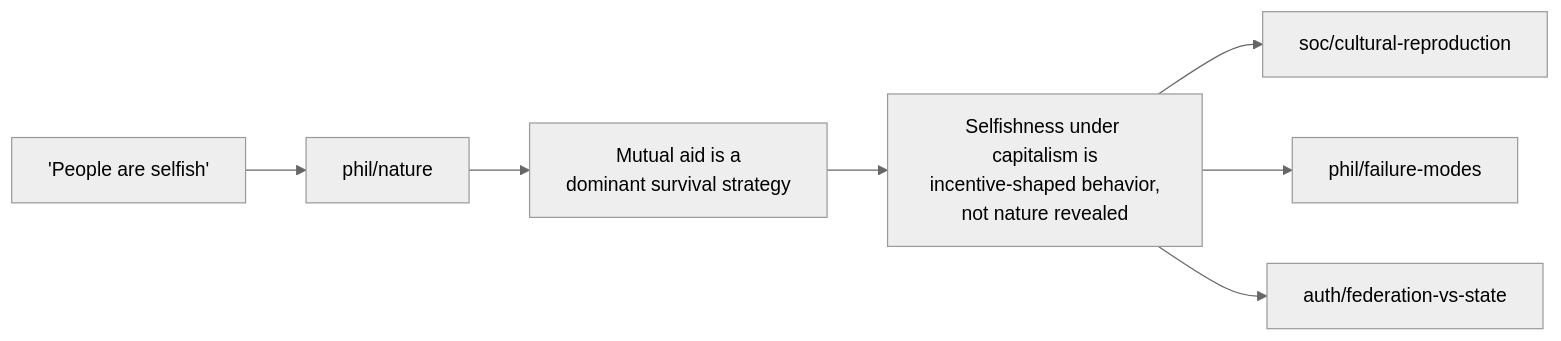
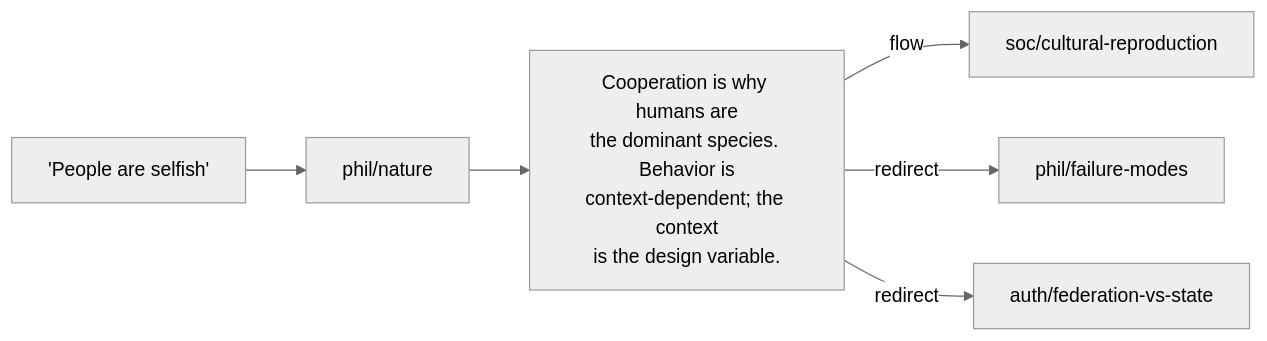
The diagram in README.md (retflo/retflo), drawn with Mermaid (neutral theme) before and after one commit. The commit also changed other lines of this file and 4 other files, not shown here.

````diff
--- a/README.md
+++ b/README.md
@@ -80,9 +80,8 @@
 ```mermaid
 flowchart LR
     A["'People are selfish'"] --> B["phil/nature"]
-    B --> C["Mutual aid is a<br>dominant survival strategy"]
-    C --> D["Selfishness under capitalism is<br>incentive-shaped behavior,<br>not nature revealed"]
-    D --> E["soc/cultural-reproduction"]
-    D --> F["phil/failure-modes"]
-    D --> G["auth/federation-vs-state"]
+    B --> C["Cooperation is why humans are<br>the dominant species. Behavior is<br>context-dependent; the context<br>is the design variable."]
+    C -->|flow| D["soc/cultural-reproduction"]
+    C -->|redirect| E["phil/failure-modes"]
+    C -->|redirect| F["auth/federation-vs-state"]
 ```
````
